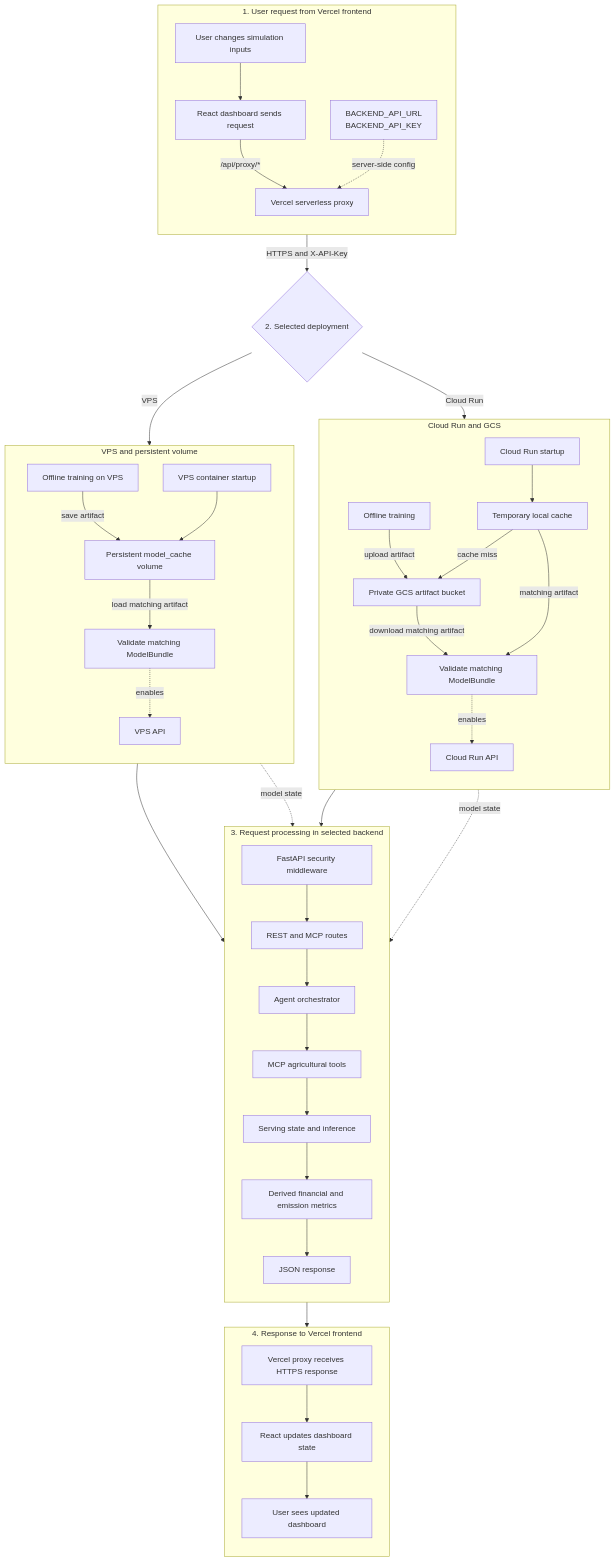
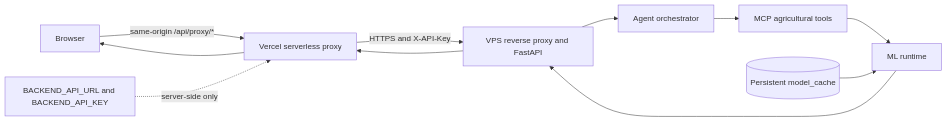
Before and after one commit to Star-farm/dashboard-tools: the diagram in Web App/README.md, drawn with Mermaid. The commit also changed other lines of this file and 6 other files, not shown here.

Commit message:
docs: update documentation for VPS-only backend and optional GCS setup

````diff
--- a/Web App/README.md
+++ b/Web App/README.md
@@ -20,85 +16,13 @@
 ```mermaid
-flowchart TB
-    subgraph Request[1. User request from Vercel frontend]
-        direction TB
-        UserAction[User changes simulation inputs]
-        ReactRequest[React dashboard sends request]
-        ProxyRequest[Vercel serverless proxy]
-        VercelEnv[BACKEND_API_URL<br/>BACKEND_API_KEY]
-
-        UserAction --> ReactRequest
-        ReactRequest -->|/api/proxy/*| ProxyRequest
-        VercelEnv -. server-side config .-> ProxyRequest
-    end
-
-    ProxyRequest -->|HTTPS and X-API-Key| Target{2. Selected deployment}
-
-    subgraph CloudRun[Cloud Run and GCS]
-        direction TB
-        CRTrain[Offline training]
-        CRStart[Cloud Run startup]
-        CRLocal[Temporary local cache]
-        GCS[Private GCS artifact bucket]
-        CRLoad[Validate matching ModelBundle]
-        CRAPI[Cloud Run API]
-
-        CRTrain -->|upload artifact| GCS
-        CRStart --> CRLocal
-        CRLocal -->|matching artifact| CRLoad
-        CRLocal -->|cache miss| GCS
-        GCS -->|download matching artifact| CRLoad
-        CRLoad -. enables .-> CRAPI
-    end
-
-    subgraph VPSDeployment[VPS and persistent volume]
-        direction TB
-        VPSTrain[Offline training on VPS]
-        VPSStart[VPS container startup]
-        Volume[Persistent model_cache volume]
-        VPSLoad[Validate matching ModelBundle]
-        VPSAPI[VPS API]
-
-        VPSTrain -->|save artifact| Volume
-        VPSStart --> Volume
-        Volume -->|load matching artifact| VPSLoad
-        VPSLoad -. enables .-> VPSAPI
-    end
-
-    Target -->|Cloud Run| CRAPI
-    Target -->|VPS| VPSAPI
-
-    subgraph API[3. Request processing in selected backend]
-        direction TB
-        Security[FastAPI security middleware]
-        Routes[REST and MCP routes]
-        Agent[Agent orchestrator]
-        MCP[MCP agricultural tools]
-        Runtime[Serving state and inference]
-        Derived[Derived financial and emission metrics]
-        JSON[JSON response]
-
-        Security --> Routes
-        Routes --> Agent
-        Agent --> MCP
-        MCP --> Runtime
-        Runtime --> Derived
-        Derived --> JSON
-    end
-
-    CRAPI --> Security
-    VPSAPI --> Security
-    CRLoad -. model state .-> Runtime
-    VPSLoad -. model state .-> Runtime
-
-    subgraph Response[4. Response to Vercel frontend]
-        direction TB
-        ProxyResponse[Vercel proxy receives HTTPS response]
-        ReactResponse[React updates dashboard state]
-        UserResult[User sees updated dashboard]
-
-        ProxyResponse --> ReactResponse
-        ReactResponse --> UserResult
-    end
-
-    JSON --> ProxyResponse
+flowchart LR
+    User[Browser] -->|same-origin /api/proxy/*| Proxy[Vercel serverless proxy]
+    Env[BACKEND_API_URL and BACKEND_API_KEY] -. server-side only .-> Proxy
+    Proxy -->|HTTPS and X-API-Key| API[VPS reverse proxy and FastAPI]
+    API --> Agent[Agent orchestrator]
+    Agent --> MCP[MCP agricultural tools]
+    MCP --> Runtime[ML runtime]
+    Volume[(Persistent model_cache)] --> Runtime
+    Runtime --> API
+    API --> Proxy
+    Proxy --> User
 ```
````
